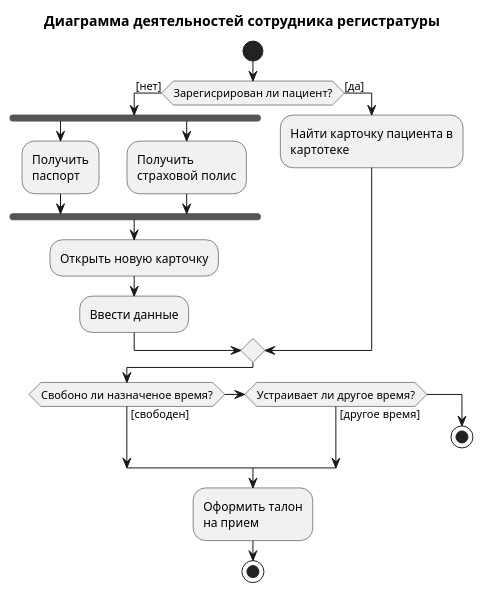
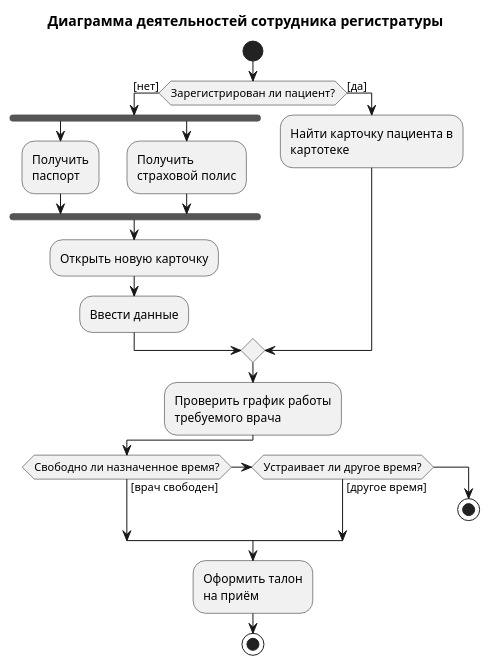
Before and after one commit to MoKlay/doc-material: the diagram in Практикум/activity.pu, drawn with PlantUML. The commit also changed 14 other files, not shown here.

Commit message:
диаграмма коммуникации

```diff
--- a/Практикум/activity.pu
+++ b/Практикум/activity.pu
@@ -1,28 +1,30 @@
 @startuml activity
 title Диаграмма деятельностей сотрудника регистратуры 
 start
-if (Зарегисрирован ли пациент?) then ([нет])
+if (Зарегистрирован ли пациент?) then ([нет])
 fork
 :Получить
 паспорт;
 fork again
 :Получить
 страховой полис;
 end fork
 :Открыть новую карточку;
 :Ввести данные;
 else ([да])
 :Найти карточку пациента в
 картотеке;
 endif
 
-if (Свобоно ли назначеное время?) then ([свободен])
+:Проверить график работы\nтребуемого врача;
+
+if (Свободно ли назначенное время?) then ([врач свободен])
 else if (Устраивает ли другое время?) then ([другое время])
 else 
 stop
 endif
 :Оформить талон
-на прием; 
+на приём; 
 stop
 
 @enduml
```
